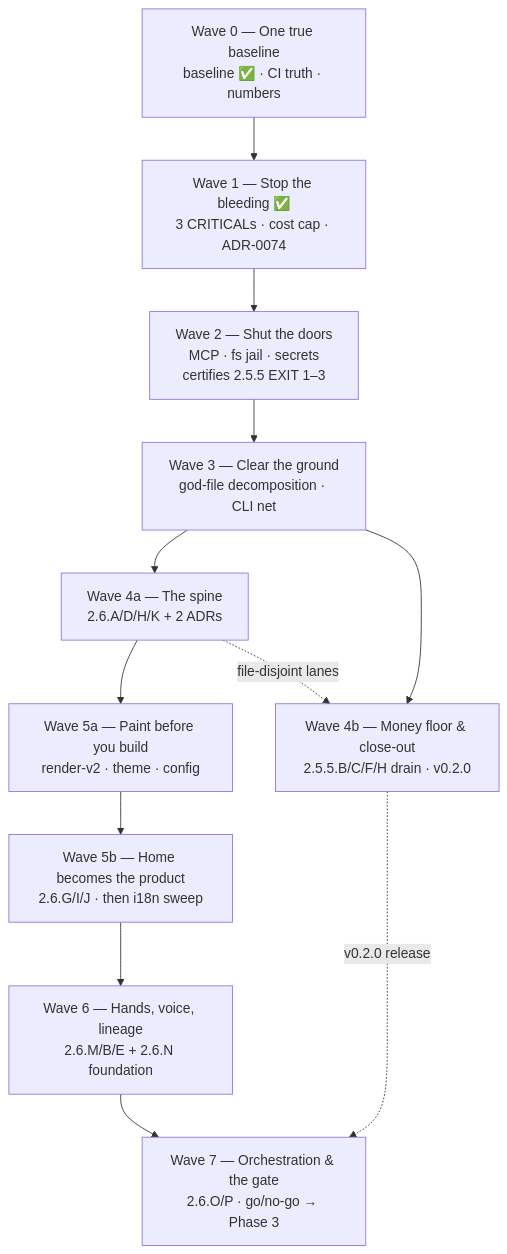
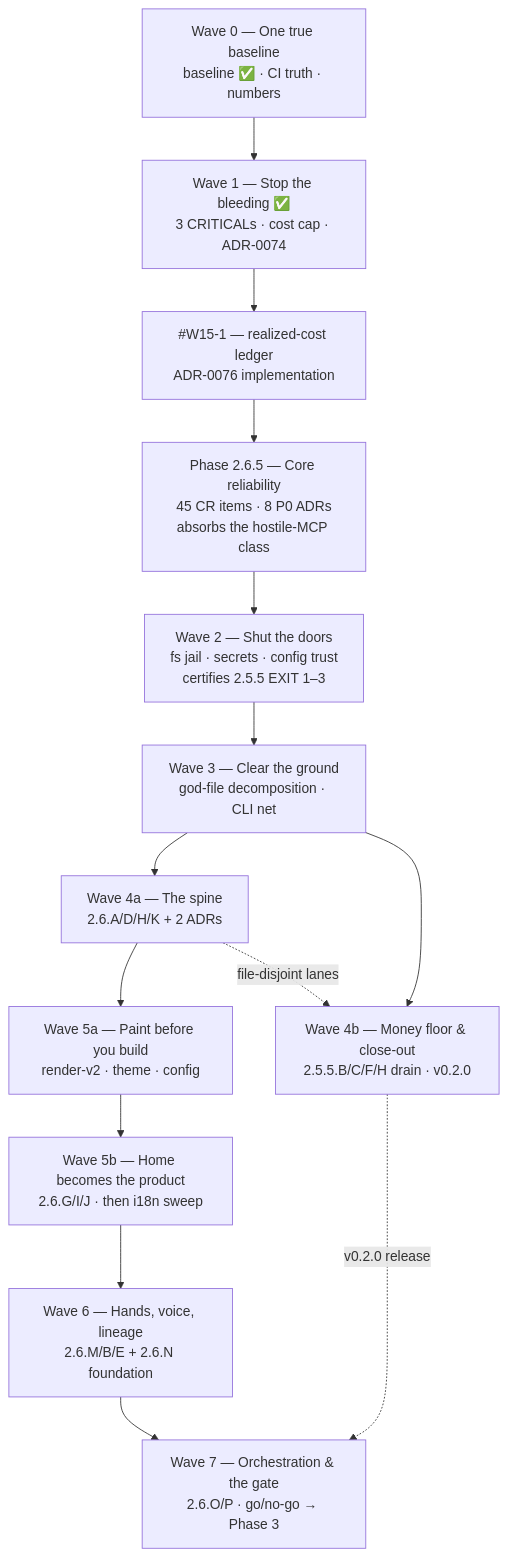
One commit to HodeTech/Relavium changed the diagram in docs/roadmap/current.md. Above: the diagram before and after it, drawn with Mermaid. The commit also changed other lines of this file and 1 other file, not shown here.

First line of the commit message:
docs(roadmap): fold the plan review of phase 2.6.5 — boundary, exit rule, effect semantics

````diff
--- a/docs/roadmap/current.md
+++ b/docs/roadmap/current.md
@@ -88,17 +88,19 @@
 ```mermaid
 flowchart TD
     W0["Wave 0 — One true baseline<br/>baseline ✅ · CI truth · numbers"]
     W1["Wave 1 — Stop the bleeding ✅<br/>3 CRITICALs · cost cap · ADR-0074"]
-    W2["Wave 2 — Shut the doors<br/>MCP · fs jail · secrets<br/>certifies 2.5.5 EXIT 1–3"]
+    LEDGER["#W15-1 — realized-cost ledger<br/>ADR-0076 implementation"]
+    P265["Phase 2.6.5 — Core reliability<br/>45 CR items · 8 P0 ADRs<br/>absorbs the hostile-MCP class"]
+    W2["Wave 2 — Shut the doors<br/>fs jail · secrets · config trust<br/>certifies 2.5.5 EXIT 1–3"]
     W3["Wave 3 — Clear the ground<br/>god-file decomposition · CLI net"]
     W4a["Wave 4a — The spine<br/>2.6.A/D/H/K + 2 ADRs"]
     W4b["Wave 4b — Money floor & close-out<br/>2.5.5.B/C/F/H drain · v0.2.0"]
     W5a["Wave 5a — Paint before you build<br/>render-v2 · theme · config"]
     W5b["Wave 5b — Home becomes the product<br/>2.6.G/I/J · then i18n sweep"]
     W6["Wave 6 — Hands, voice, lineage<br/>2.6.M/B/E + 2.6.N foundation"]
     W7["Wave 7 — Orchestration & the gate<br/>2.6.O/P · go/no-go → Phase 3"]
-    W0 --> W1 --> W2 --> W3 --> W4a --> W5a --> W5b --> W6 --> W7
+    W0 --> W1 --> LEDGER --> P265 --> W2 --> W3 --> W4a --> W5a --> W5b --> W6 --> W7
     W3 --> W4b
     W4b -.->|v0.2.0 release| W7
     W4a -.->|file-disjoint lanes| W4b
 ```
````
